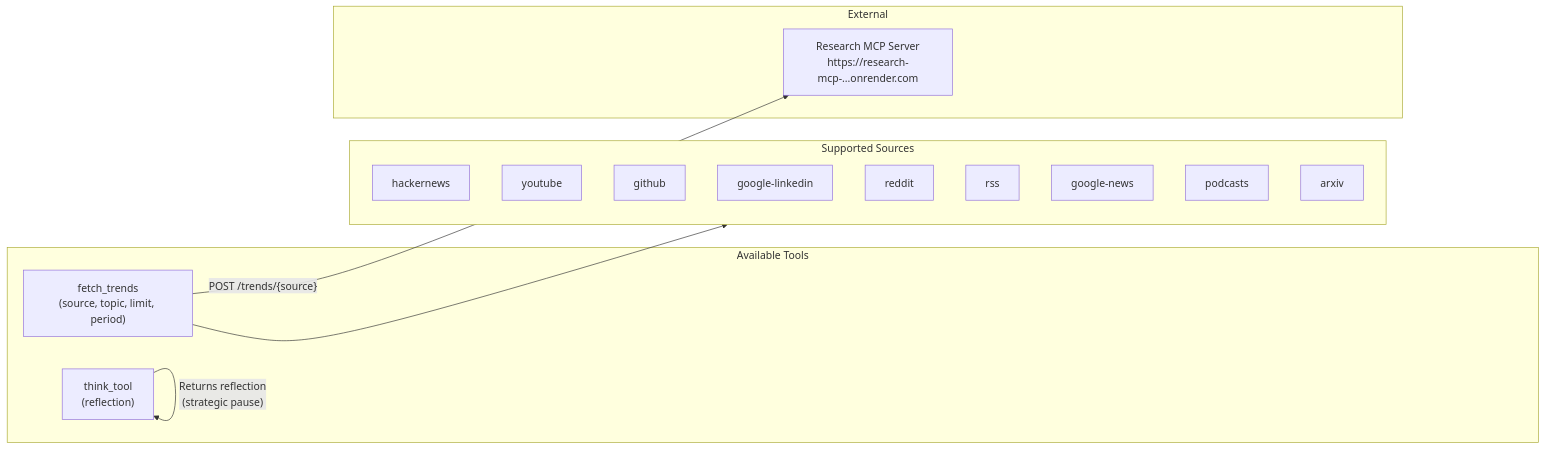
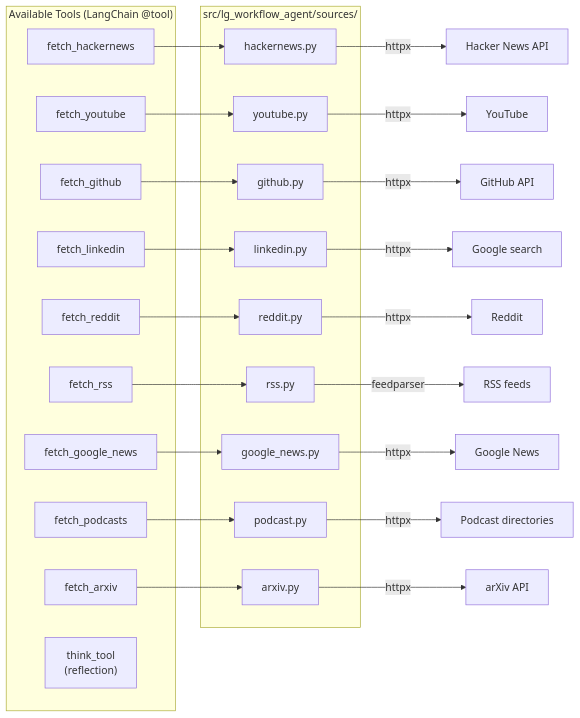
Before and after one commit to nishant5790/aion-ai-research: the seventh of 8 diagrams in backend/docs/LANGGRAPH_WORKFLOW.md, drawn with Mermaid. The commit also changed other lines of this file and 3 other files, not shown here.

````diff
--- a/backend/docs/LANGGRAPH_WORKFLOW.md
+++ b/backend/docs/LANGGRAPH_WORKFLOW.md
@@ -278,28 +288,47 @@
 ```mermaid
 flowchart LR
-    subgraph TOOLS ["Available Tools"]
-        FT["fetch_trends<br/>(source, topic, limit, period)"]
+    subgraph TOOLS ["Available Tools (LangChain @tool)"]
+        FH["fetch_hackernews"]
+        FY["fetch_youtube"]
+        FG["fetch_github"]
+        FL["fetch_linkedin"]
+        FR["fetch_reddit"]
+        FS["fetch_rss"]
+        FN["fetch_google_news"]
+        FP["fetch_podcasts"]
+        FA["fetch_arxiv"]
         TT["think_tool<br/>(reflection)"]
     end
 
-    subgraph EXTERNAL ["External"]
-        MCP["Research MCP Server<br/>https://research-mcp-...onrender.com"]
+    subgraph SOURCES ["src/lg_workflow_agent/sources/"]
+        S1["hackernews.py"]
+        S2["youtube.py"]
+        S3["github.py"]
+        S4["linkedin.py"]
+        S5["reddit.py"]
+        S6["rss.py"]
+        S7["google_news.py"]
+        S8["podcast.py"]
+        S9["arxiv.py"]
     end
 
-    FT -->|"POST /trends/{source}"| MCP
-    TT -->|"Returns reflection<br/>(strategic pause)"| TT
+    FH --> S1
+    FY --> S2
+    FG --> S3
+    FL --> S4
+    FR --> S5
+    FS --> S6
+    FN --> S7
+    FP --> S8
+    FA --> S9
 
-    subgraph SOURCES ["Supported Sources"]
-        S1["hackernews"]
-        S2["youtube"]
-        S3["github"]
-        S4["google-linkedin"]
-        S5["reddit"]
-        S6["rss"]
-        S7["google-news"]
-        S8["podcasts"]
-        S9["arxiv"]
-    end
-
-    FT --> SOURCES
+    S1 -->|httpx| HN["Hacker News API"]
+    S2 -->|httpx| YT["YouTube"]
+    S3 -->|httpx| GH["GitHub API"]
+    S4 -->|httpx| GS["Google search"]
+    S5 -->|httpx| RD["Reddit"]
+    S6 -->|feedparser| RSS["RSS feeds"]
+    S7 -->|httpx| GN["Google News"]
+    S8 -->|httpx| PC["Podcast directories"]
+    S9 -->|httpx| AX["arXiv API"]
 ```
````
